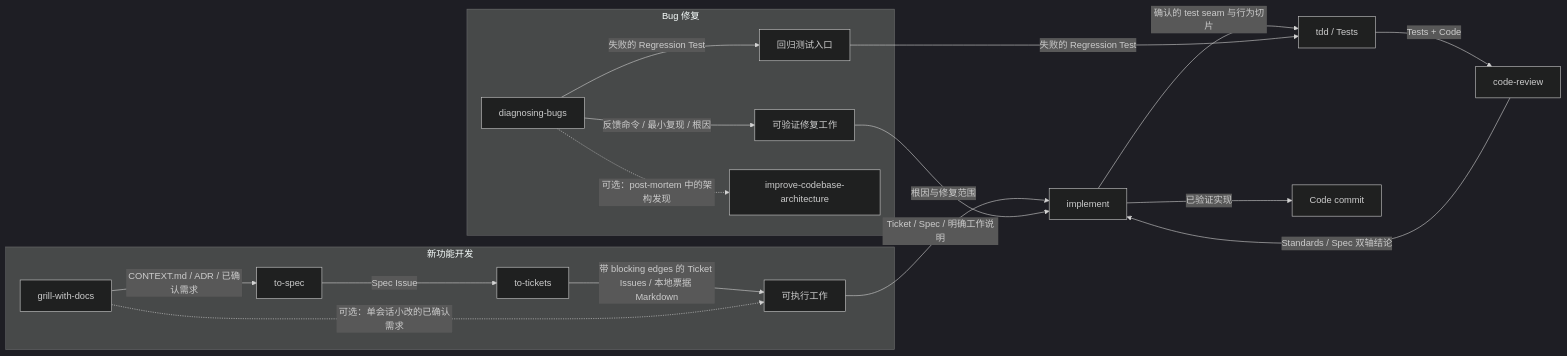
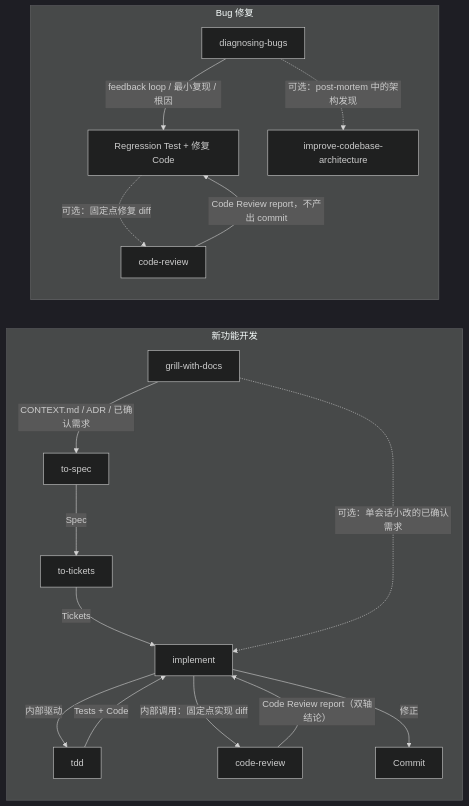
The third of 5 diagrams in docs/analysis/mattpocock-skills/skills-workflow-diagram.md (kangapp/ai-knowledge-base), drawn with Mermaid (dark theme) before and after one commit. The commit also changed other lines of this file and 2 other files, not shown here.

Commit message:
docs: align skills matrices and workflows

````diff
--- a/docs/analysis/mattpocock-skills/skills-workflow-diagram.md
+++ b/docs/analysis/mattpocock-skills/skills-workflow-diagram.md
@@ -132,23 +132,21 @@
 ```mermaid
 flowchart LR
     subgraph Feature["新功能开发"]
         GrillDocs["grill-with-docs"] -->|"CONTEXT.md / ADR / 已确认需求"| ToSpec["to-spec"]
-        ToSpec -->|"Spec Issue"| ToTickets["to-tickets"]
-        ToTickets -->|"带 blocking edges 的 Ticket Issues / 本地票据 Markdown"| FeatureJoin["可执行工作"]
-        GrillDocs -.->|"可选：单会话小改的已确认需求"| FeatureJoin
+        ToSpec -->|"Spec"| ToTickets["to-tickets"]
+        ToTickets -->|"Tickets"| SharedImplement["implement"]
+        GrillDocs -.->|"可选：单会话小改的已确认需求"| SharedImplement
+        SharedImplement -->|"内部驱动"| SharedTDD["tdd"]
+        SharedTDD -->|"Tests + Code"| SharedImplement
+        SharedImplement -->|"内部调用：固定点实现 diff"| SharedReview["code-review"]
+        SharedReview -->|"Code Review report（双轴结论）"| SharedImplement
+        SharedImplement -->|"修正"| Commit["Commit"]
     end
 
     subgraph Bugfix["Bug 修复"]
-        Diagnose["diagnosing-bugs"] -->|"反馈命令 / 最小复现 / 根因"| BugJoin["可验证修复工作"]
-        Diagnose -->|"失败的 Regression Test"| Regression["回归测试入口"]
+        Diagnose["diagnosing-bugs"] -->|"feedback loop / 最小复现 / 根因"| Fix["Regression Test + 修复 Code"]
+        Fix -.->|"可选：固定点修复 diff"| BugReview["code-review"]
+        BugReview -->|"Code Review report，不产出 commit"| Fix
         Diagnose -.->|"可选：post-mortem 中的架构发现"| Improve["improve-codebase-architecture"]
     end
-
-    FeatureJoin -->|"Ticket / Spec / 明确工作说明"| SharedImplement["implement"]
-    BugJoin -->|"根因与修复范围"| SharedImplement
-    SharedImplement -->|"确认的 test seam 与行为切片"| SharedTDD["tdd / Tests"]
-    Regression -->|"失败的 Regression Test"| SharedTDD
-    SharedTDD -->|"Tests + Code"| SharedReview["code-review"]
-    SharedReview -->|"Standards / Spec 双轴结论"| SharedImplement
-    SharedImplement -->|"已验证实现"| Commit["Code commit"]
 ```
````
